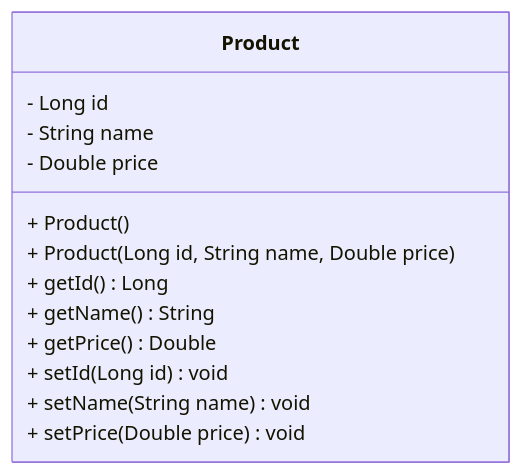
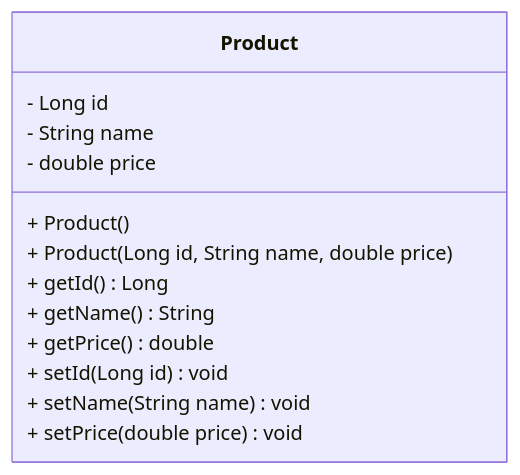
Before and after one commit to avatar-terminator/product-api: the diagram in docs/uml/Product.mermaid, drawn with Mermaid. The commit also changed 1 other file, not shown here.

Commit message:
Tutorial 2 : Fix - Fixed the data type of Product's price attribute. (Double -> double)

```diff
--- a/docs/uml/Product.mermaid
+++ b/docs/uml/Product.mermaid
@@ -1,14 +1,14 @@
 classDiagram
     class Product {
         - Long id
         - String name
-        - Double price
+        - double price
         + Product()
-        + Product(Long id, String name, Double price)
+        + Product(Long id, String name, double price)
         + getId() Long
         + getName() String
-        + getPrice() Double
+        + getPrice() double
         + setId(Long id) void
         + setName(String name) void
-        + setPrice(Double price) void
+        + setPrice(double price) void
     }
```
